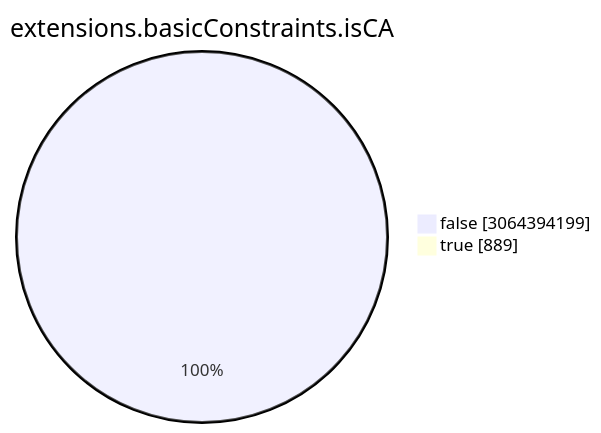
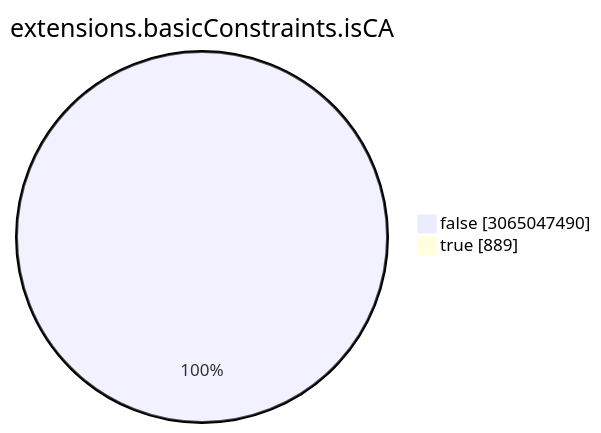
Before and after one commit to christiankrug/ctmonitor_visualization: the seventh of 15 diagrams in TOTAL/README.md, drawn with Mermaid. The commit also changed other lines of this file, not shown here.

````diff
--- a/TOTAL/README.md
+++ b/TOTAL/README.md
@@ -3088,6 +3088,6 @@
 ```mermaid
 pie showData
 title extensions.basicConstraints.isCA
-"false" :3064394199
+"false" :3065047490
 "true" :889
 ```
````
